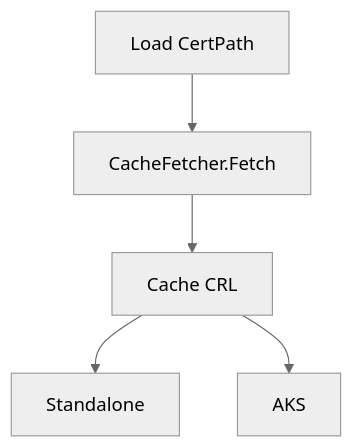
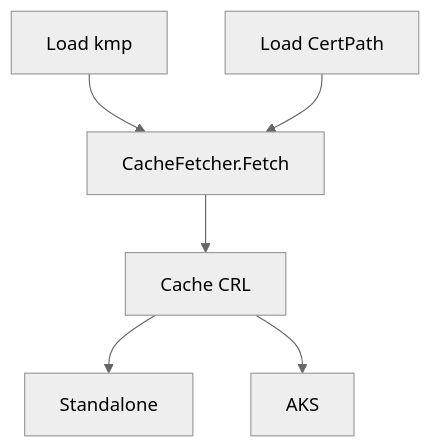
The diagram in docs/design/Certificate Revocation Lists.md (ratify-project/ratify), drawn with Mermaid (neutral theme) before and after one commit.

Commit message:
docs: update graph

````diff
--- a/docs/design/Certificate Revocation Lists.md
+++ b/docs/design/Certificate Revocation Lists.md
@@ -31,14 +31,15 @@
 ```mermaid
 flowchart TD
   A["Load kmp"]
-  A["Load CertPath"]
-  B["CacheFetcher.Fetch"]
-  C["Cache CRL"]
-  D["Standalone"]
-  E["AKS"]
+  B["Load CertPath"]
+  C["CacheFetcher.Fetch"]
+  D["Cache CRL"]
+  E["Standalone"]
+  F["AKS"]
 
-  A --> B
+  A --> C
   B --> C
   C --> D
-  C --> E
+  D --> E
+  D --> F
 ```
````
